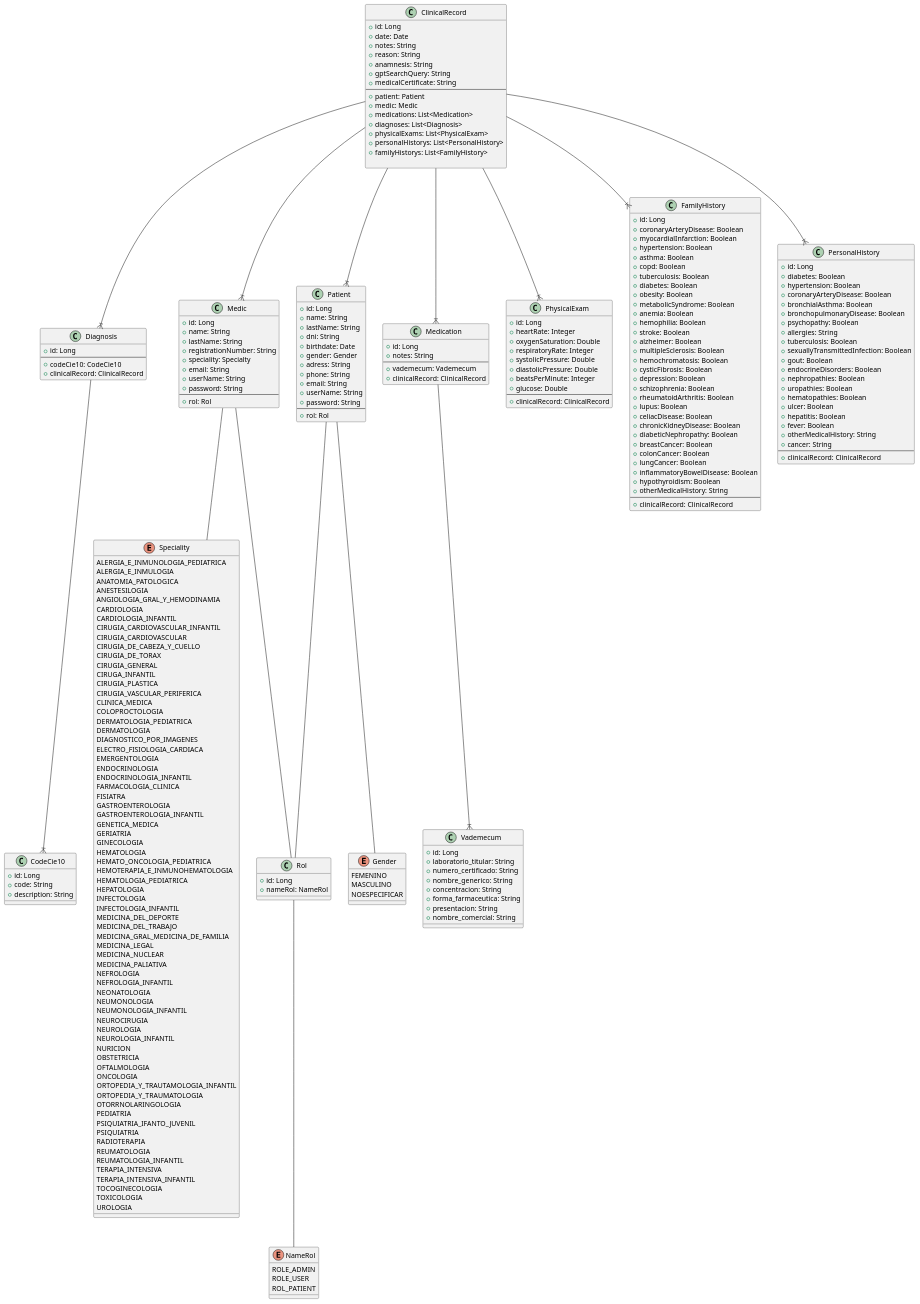
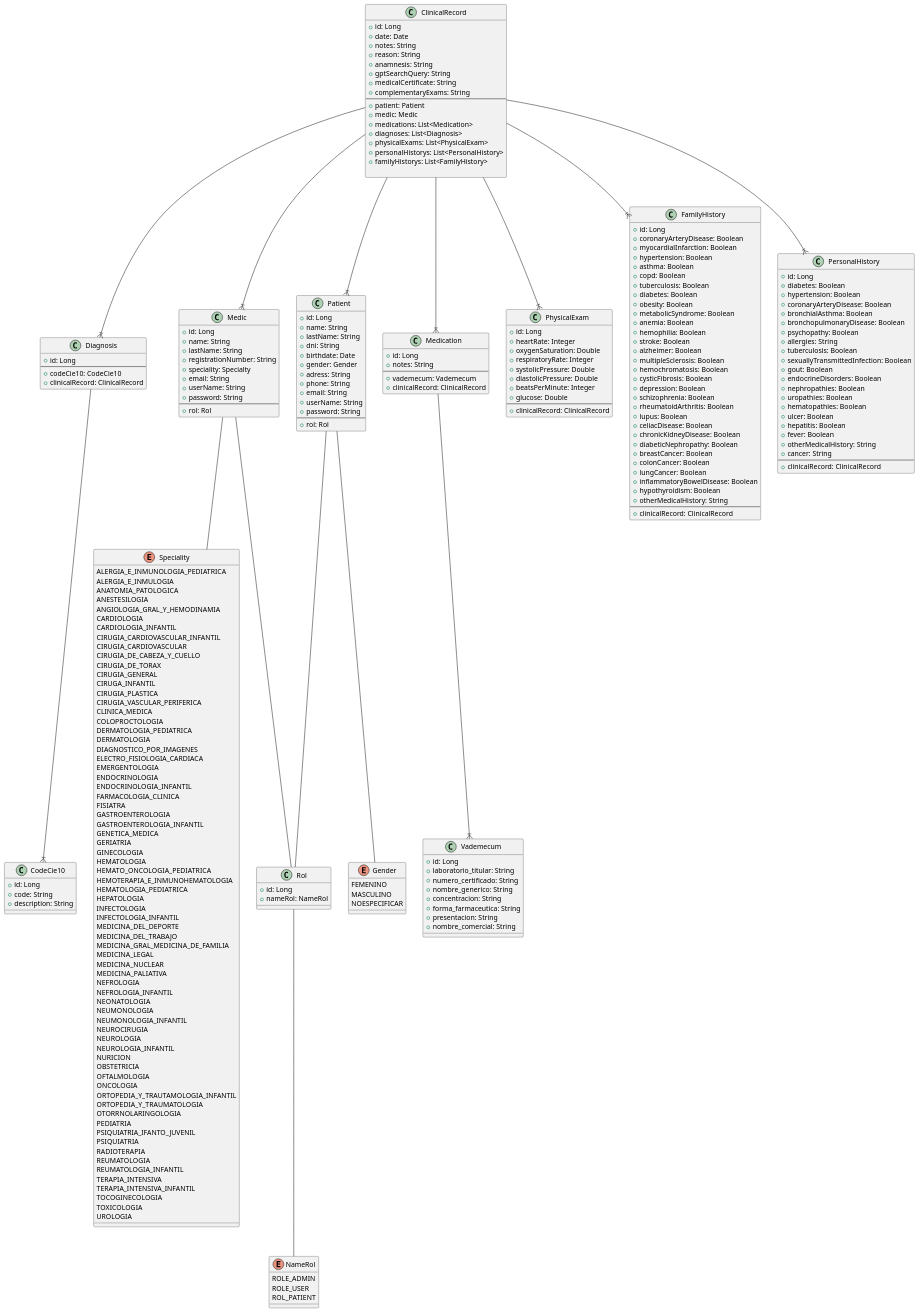
One commit to genesismeli/Trabajo-Intgrador---IB changed the diagram in src/main/resources/HistoriaClinica.puml. Above: the diagram before and after it, drawn with PlantUML. The commit also changed 1 other file, not shown here.

Commit message:
Actualización diagrama UML

```diff
--- a/src/main/resources/HistoriaClinica.puml
+++ b/src/main/resources/HistoriaClinica.puml
@@ -8,6 +8,7 @@
     + anamnesis: String
     + gptSearchQuery: String
     + medicalCertificate: String
+    + complementaryExams: String
     --
     + patient: Patient
     + medic: Medic
```
